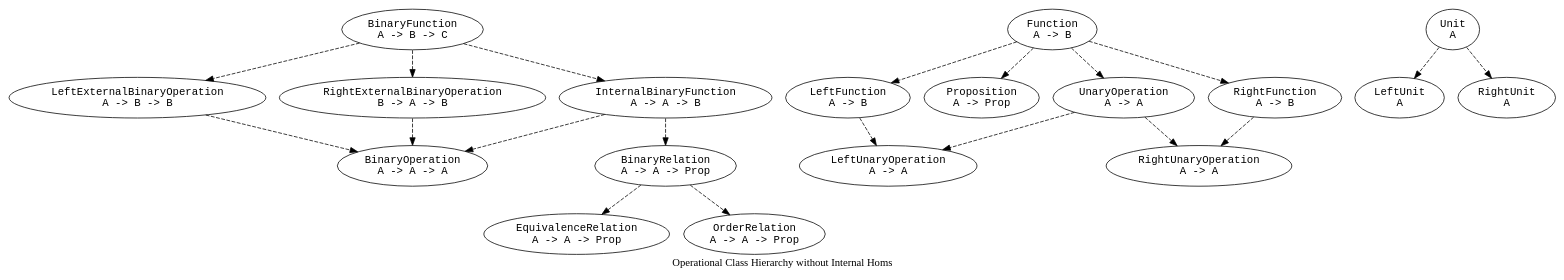
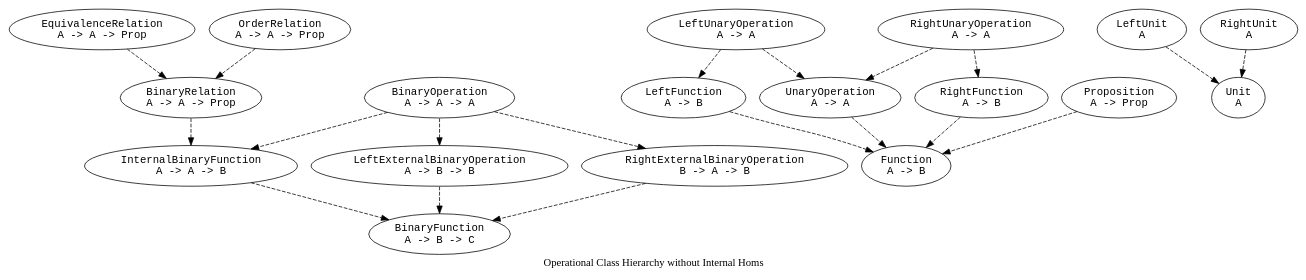
The diagram in bird/has.dot (Tuplanolla/dez), drawn with Graphviz before and after one commit. The commit also changed 1 other file, not shown here.

```diff
--- a/bird/has.dot
+++ b/bird/has.dot
@@ -1,46 +1,46 @@
 digraph Has {
   label = "Operational Class Hierarchy without Internal Homs"
 
   node [fontname = monospace]
 
   BinFn [label = "BinaryFunction\nA -> B -> C"]
   BinOp [label = "BinaryOperation\nA -> A -> A"]
   BinRel [label = "BinaryRelation\nA -> A -> Prop"]
   EqRel [label = "EquivalenceRelation\nA -> A -> Prop"]
   Fn [label = "Function\nA -> B"]
   IntBinFn [label = "InternalBinaryFunction\nA -> A -> B"]
   LExtBinOp [label = "LeftExternalBinaryOperation\nA -> B -> B"]
   LFn [label = "LeftFunction\nA -> B"]
   LUn [label = "LeftUnit\nA"]
   LUnOp [label = "LeftUnaryOperation\nA -> A"]
   OrdRel [label = "OrderRelation\nA -> A -> Prop"]
   Prop [label = "Proposition\nA -> Prop"]
   RExtBinOp [label = "RightExternalBinaryOperation\nB -> A -> B"]
   RFn [label = "RightFunction\nA -> B"]
   RUn [label = "RightUnit\nA"]
   RUnOp [label = "RightUnaryOperation\nA -> A"]
   Un [label = "Unit\nA"]
   UnOp [label = "UnaryOperation\nA -> A"]
 
   edge [style = dashed]
 
-  BinFn -> IntBinFn
-  BinFn -> LExtBinOp
-  BinFn -> RExtBinOp
-  BinRel -> EqRel
-  BinRel -> OrdRel
-  Fn -> LFn
-  Fn -> Prop
-  Fn -> RFn
-  Fn -> UnOp
-  IntBinFn -> BinOp
-  IntBinFn -> BinRel
-  LExtBinOp -> BinOp
-  LFn -> LUnOp
-  RExtBinOp -> BinOp
-  RFn -> RUnOp
-  Un -> LUn
-  Un -> RUn
-  UnOp -> LUnOp
-  UnOp -> RUnOp
+  BinOp -> IntBinFn
+  BinOp -> LExtBinOp
+  BinOp -> RExtBinOp
+  BinRel -> IntBinFn
+  EqRel -> BinRel
+  IntBinFn -> BinFn
+  LExtBinOp -> BinFn
+  LFn -> Fn
+  LUn -> Un
+  LUnOp -> LFn
+  LUnOp -> UnOp
+  OrdRel -> BinRel
+  Prop -> Fn
+  RExtBinOp -> BinFn
+  RFn -> Fn
+  RUn -> Un
+  RUnOp -> RFn
+  RUnOp -> UnOp
+  UnOp -> Fn
 }
```
